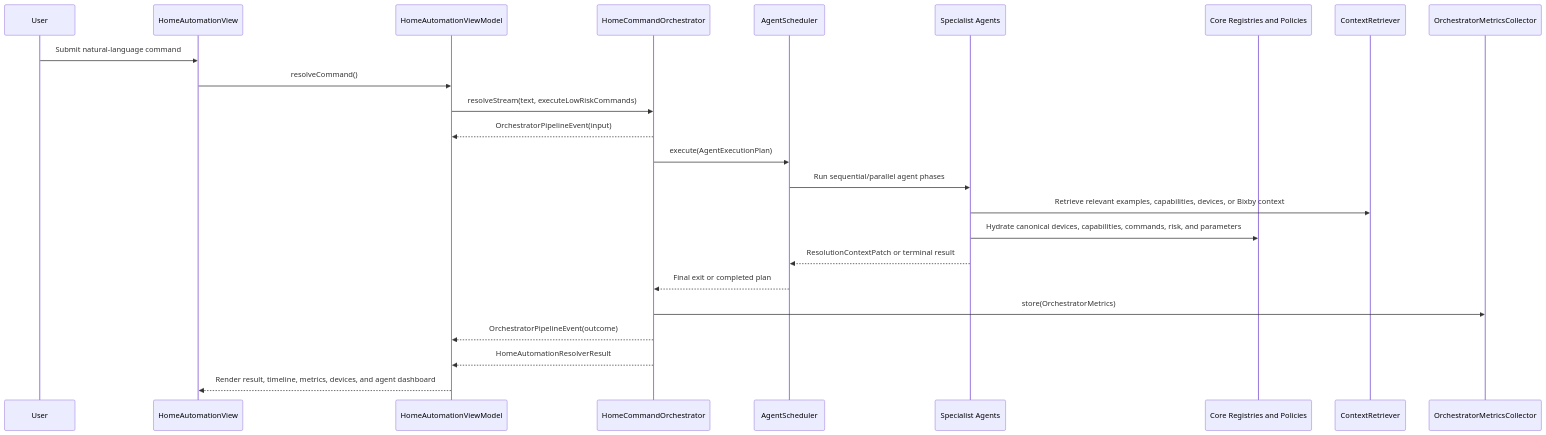
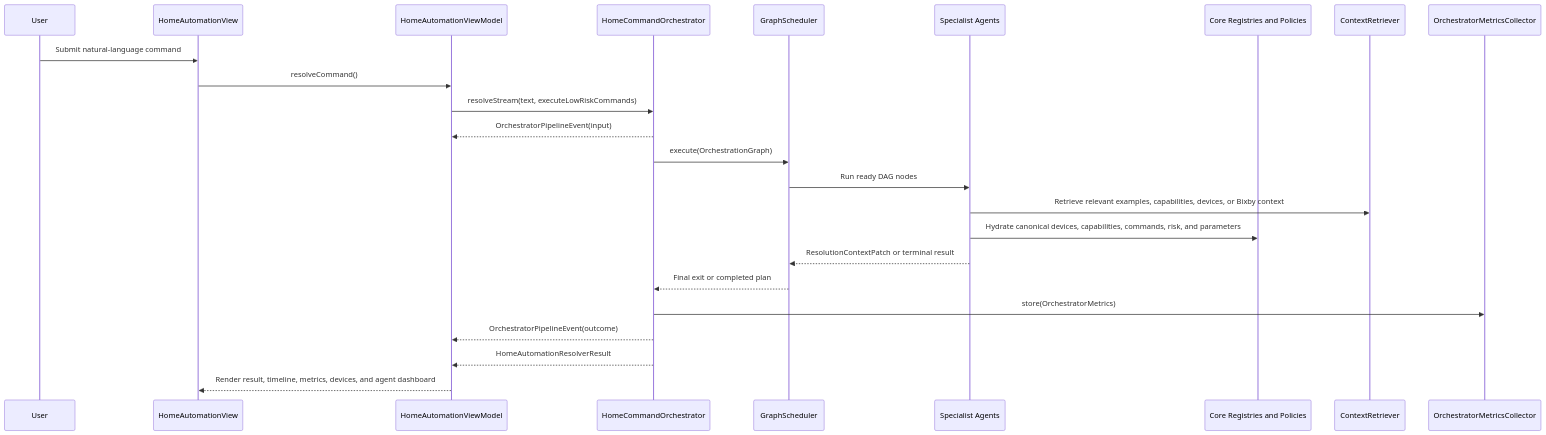
One commit to ksypinro/HomeAutomation changed the fourth of 6 diagrams in Architecture.md. Above: the diagram before and after it, drawn with Mermaid. The commit also changed other lines of this file and 144 other files, not shown here.

````diff
--- a/Architecture.md
+++ b/Architecture.md
@@ -235,27 +250,27 @@
 ```mermaid
 sequenceDiagram
     participant User
     participant View as HomeAutomationView
     participant VM as HomeAutomationViewModel
     participant Orch as HomeCommandOrchestrator
-    participant Scheduler as AgentScheduler
+    participant Scheduler as GraphScheduler
     participant Agents as Specialist Agents
     participant Core as Core Registries and Policies
     participant RAG as ContextRetriever
     participant Metrics as OrchestratorMetricsCollector
 
     User->>View: Submit natural-language command
     View->>VM: resolveCommand()
     VM->>Orch: resolveStream(text, executeLowRiskCommands)
     Orch-->>VM: OrchestratorPipelineEvent(input)
-    Orch->>Scheduler: execute(AgentExecutionPlan)
-    Scheduler->>Agents: Run sequential/parallel agent phases
+    Orch->>Scheduler: execute(OrchestrationGraph)
+    Scheduler->>Agents: Run ready DAG nodes
     Agents->>RAG: Retrieve relevant examples, capabilities, devices, or Bixby context
     Agents->>Core: Hydrate canonical devices, capabilities, commands, risk, and parameters
     Agents-->>Scheduler: ResolutionContextPatch or terminal result
     Scheduler-->>Orch: Final exit or completed plan
     Orch->>Metrics: store(OrchestratorMetrics)
     Orch-->>VM: OrchestratorPipelineEvent(outcome)
     Orch-->>VM: HomeAutomationResolverResult
     VM-->>View: Render result, timeline, metrics, devices, and agent dashboard
 ```
````
